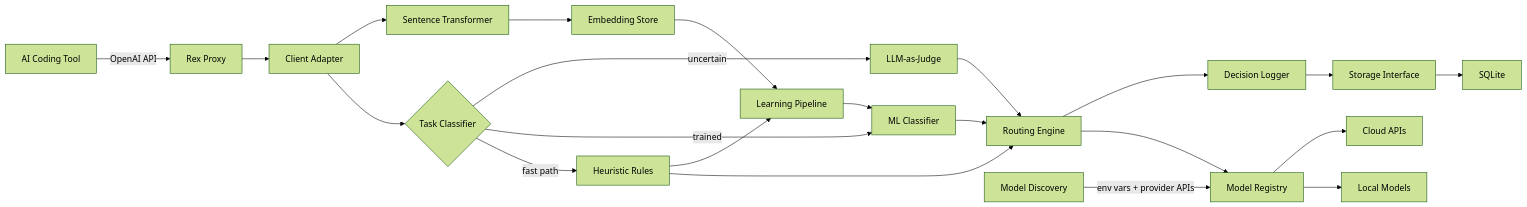
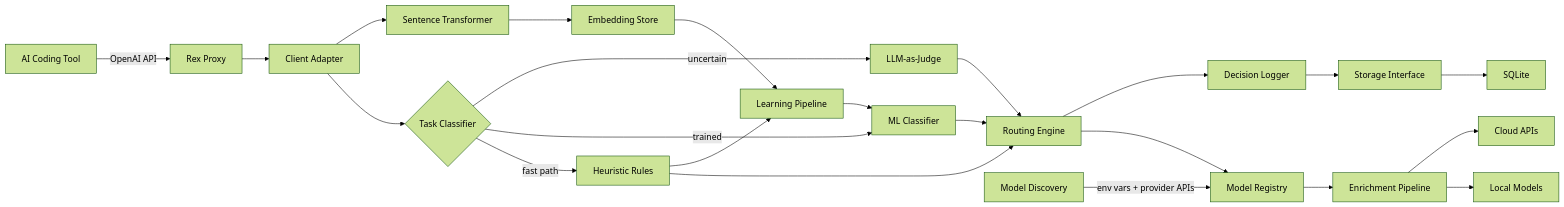
One commit to thsfranca/rex changed the first of 3 diagrams in ARCHITECTURE.md. Above: the diagram before and after it, drawn with Mermaid (forest theme). The commit also changed other lines of this file and 12 other files, not shown here.

````diff
--- a/ARCHITECTURE.md
+++ b/ARCHITECTURE.md
@@ -13,24 +13,25 @@
 ```mermaid
 flowchart LR
     Client[AI Coding Tool] -->|OpenAI API| Proxy[Rex Proxy]
     Proxy --> Adapter[Client Adapter]
     Adapter --> Classifier{Task Classifier}
     Classifier -->|fast path| Heuristics[Heuristic Rules]
     Classifier -->|trained| MLClassifier[ML Classifier]
     Classifier -->|uncertain| LLMJudge[LLM-as-Judge]
     Heuristics --> Router[Routing Engine]
     MLClassifier --> Router
     LLMJudge --> Router
     Router --> Registry[Model Registry]
     Discovery[Model Discovery] -->|env vars + provider APIs| Registry
-    Registry --> Local[Local Models]
-    Registry --> Cloud[Cloud APIs]
+    Registry --> Enrichment[Enrichment Pipeline]
+    Enrichment --> Local[Local Models]
+    Enrichment --> Cloud[Cloud APIs]
     Router --> Logger[Decision Logger]
     Logger --> Store[Storage Interface]
     Store --> DataStore[SQLite]
     Adapter --> Embedder[Sentence Transformer]
     Embedder --> EmbeddingStore[Embedding Store]
     EmbeddingStore --> LearningPipeline[Learning Pipeline]
     Heuristics --> LearningPipeline
     LearningPipeline --> MLClassifier
 ```
````
